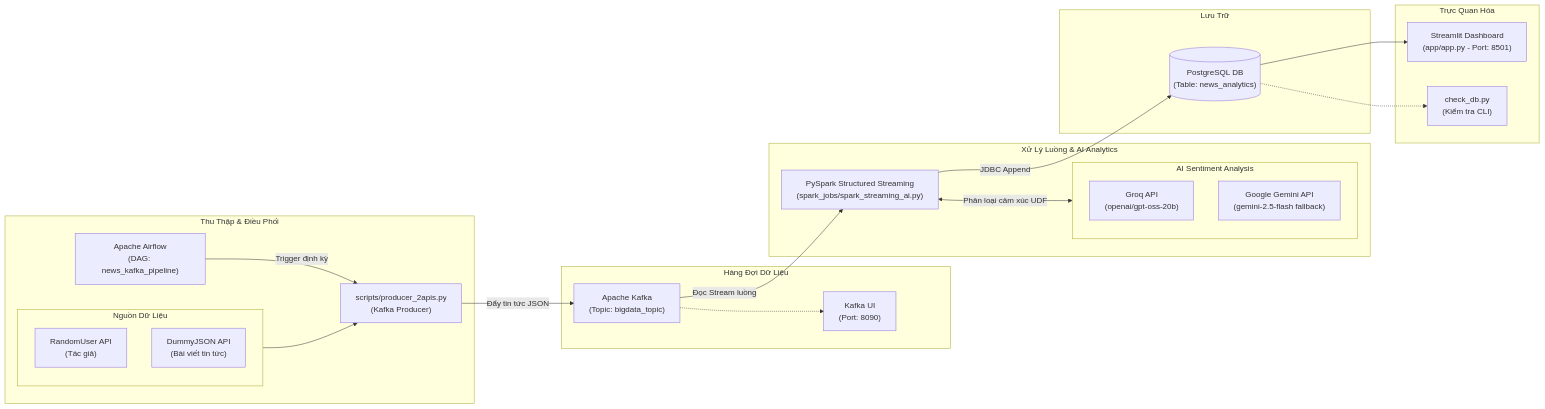
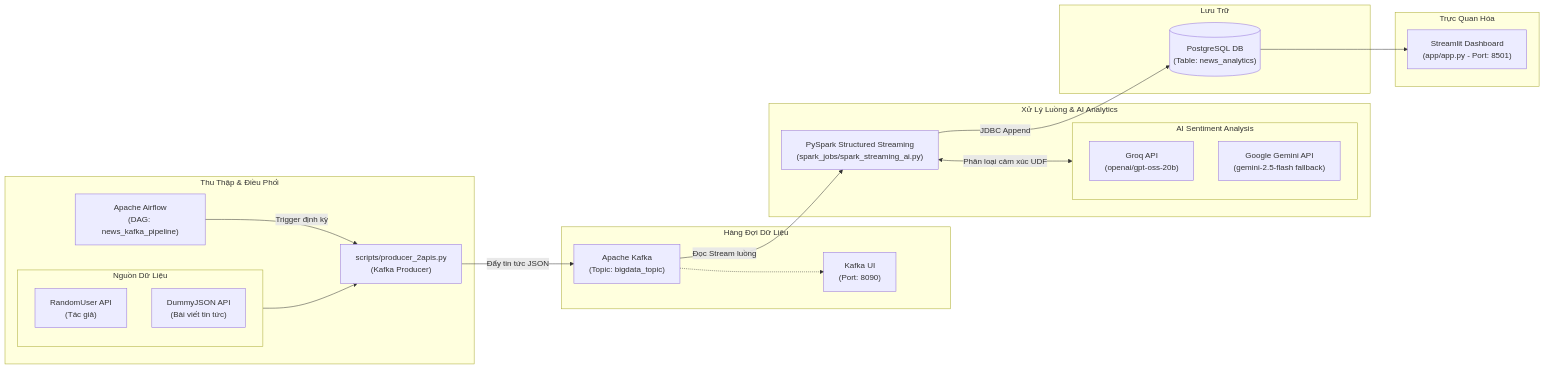
One commit to hai12354/bigdata changed the diagram in readme.md. Above: the diagram before and after it, drawn with Mermaid.

````diff
--- a/readme.md
+++ b/readme.md
@@ -9,44 +9,42 @@
 ```mermaid
 flowchart LR
     subgraph Data_Sources [Nguồn Dữ Liệu]
         API1["RandomUser API<br/>(Tác giả)"]
         API2["DummyJSON API<br/>(Bài viết tin tức)"]
     end
 
     subgraph Ingestion [Thu Thập & Điều Phối]
         Airflow["Apache Airflow<br/>(DAG: news_kafka_pipeline)"]
         Producer["scripts/producer_2apis.py<br/>(Kafka Producer)"]
         Airflow -->|Trigger định kỳ| Producer
         Data_Sources --> Producer
     end
 
     subgraph Messaging [Hàng Đợi Dữ Liệu]
         Kafka["Apache Kafka<br/>(Topic: bigdata_topic)"]
         KafkaUI["Kafka UI<br/>(Port: 8090)"]
         Producer -->|Đẩy tin tức JSON| Kafka
         Kafka -.-> KafkaUI
     end
 
     subgraph Stream_Processing [Xử Lý Luồng & AI Analytics]
         Spark["PySpark Structured Streaming<br/>(spark_jobs/spark_streaming_ai.py)"]
         Kafka -->|Đọc Stream luồng| Spark
         
         subgraph AI_Engines [AI Sentiment Analysis]
             Groq["Groq API<br/>(openai/gpt-oss-20b)"]
             Gemini["Google Gemini API<br/>(gemini-2.5-flash fallback)"]
         end
         Spark <-->|Phân loại cảm xúc UDF| AI_Engines
     end
 
     subgraph Storage [Lưu Trữ]
         Postgres[("PostgreSQL DB<br/>(Table: news_analytics)")]
         Spark -->|JDBC Append| Postgres
     end
 
     subgraph Presentation [Trực Quan Hóa]
         Streamlit["Streamlit Dashboard<br/>(app/app.py - Port: 8501)"]
-        CheckDB["check_db.py<br/>(Kiểm tra CLI)"]
         Postgres --> Streamlit
-        Postgres -.-> CheckDB
     end
 ```
````
